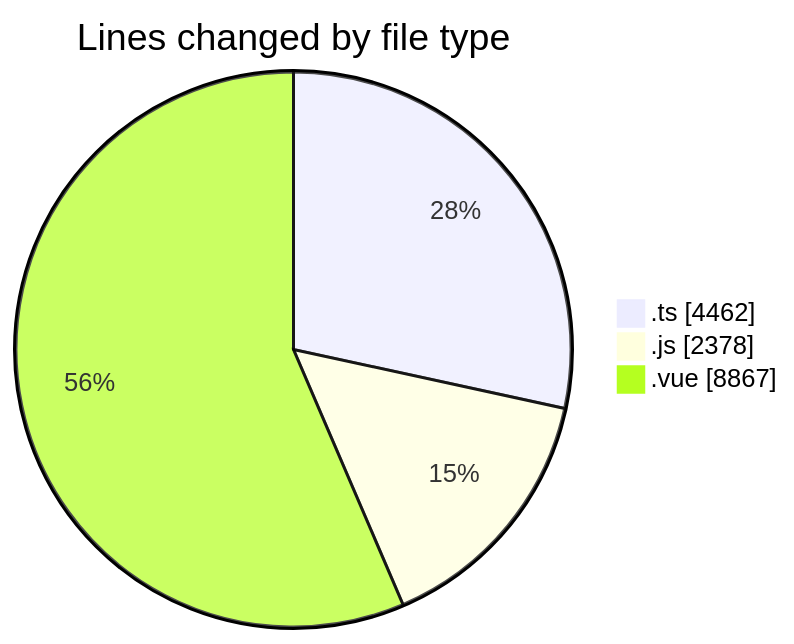
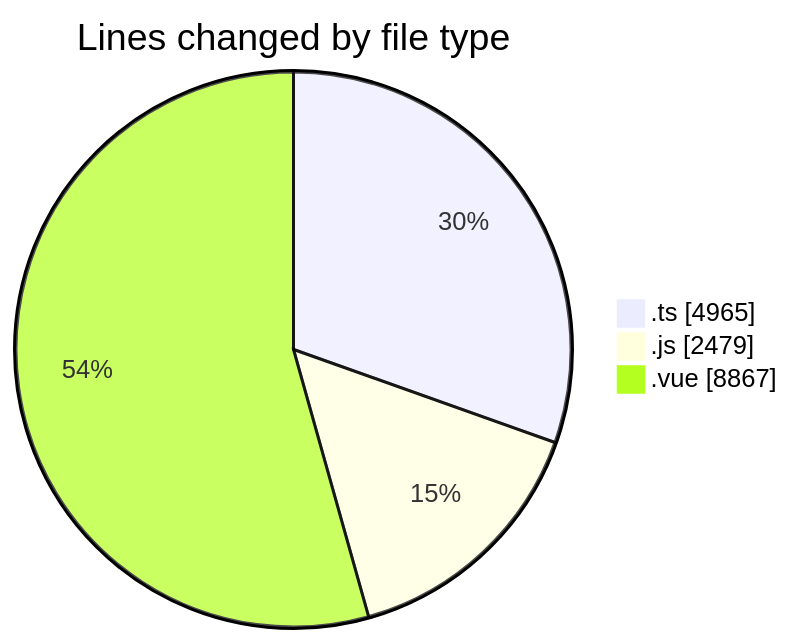
The first of 2 diagrams in 2025-08-16/rentotp/README.md (lephambinh05/code-tracking), drawn with Mermaid before and after one commit. The commit also changed other lines of this file and 1 other file, not shown here.

````diff
--- a/2025-08-16/rentotp/README.md
+++ b/2025-08-16/rentotp/README.md
@@ -67,7 +68,7 @@
 ```mermaid
 pie showData
 title Lines changed by file type
-".ts" : 4462
-".js" : 2378
+".ts" : 4965
+".js" : 2479
 ".vue" : 8867
 ```
````
